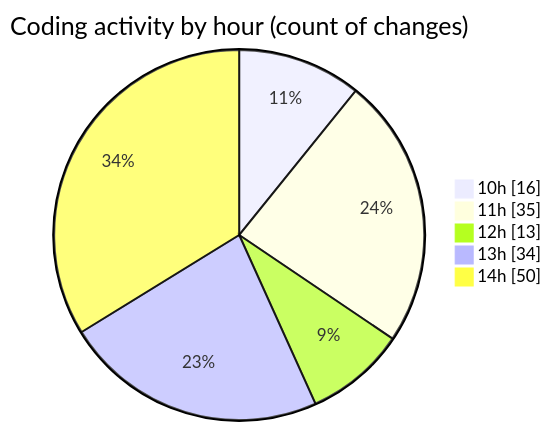
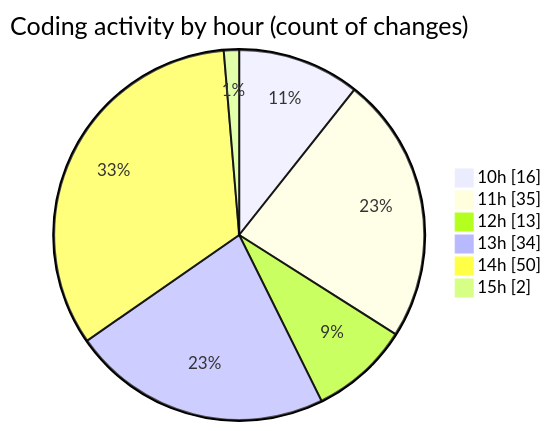
Before and after one commit to charlie-sans/code-tracking: the second of 2 diagrams in 2025-02-20/micros/README.md, drawn with Mermaid. The commit also changed other lines of this file and 1 other file, not shown here.

````diff
--- a/2025-02-20/micros/README.md
+++ b/2025-02-20/micros/README.md
@@ -54,9 +56,10 @@
 ```mermaid
 pie showData
 title Coding activity by hour (count of changes)
 "10h" : 16
 "11h" : 35
 "12h" : 13
 "13h" : 34
 "14h" : 50
+"15h" : 2
 ```
````
